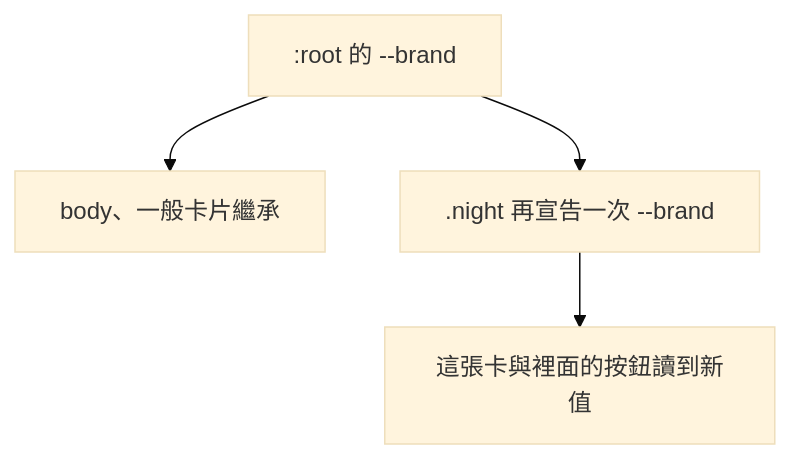
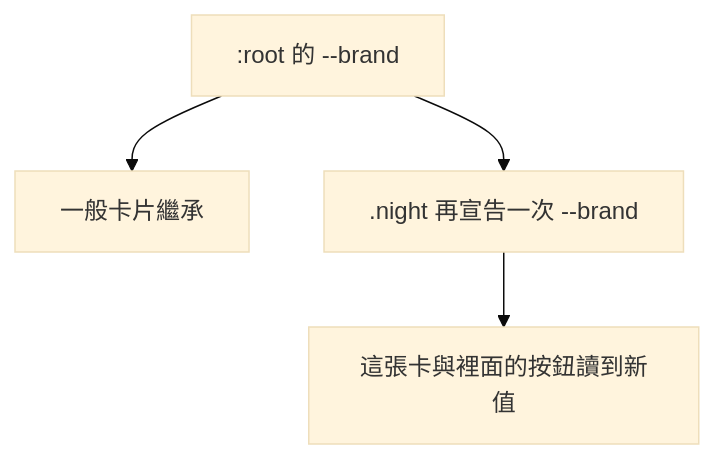
The sixth of 7 diagrams in source/_posts/lokiTech-15day-03-css.md (summer10920/summer10920.github.io), drawn with Mermaid (base theme) before and after one commit. The commit also changed other lines of this file, not shown here.

```diff
--- a/source/_posts/lokiTech-15day-03-css.md
+++ b/source/_posts/lokiTech-15day-03-css.md
@@ -5413,5 +2875,5 @@
 {% mermaid graph TD %}
-R[":root 的 --brand"] --> B["body、一般卡片繼承"]
+R[":root 的 --brand"] --> B["一般卡片繼承"]
 R --> N[".night 再宣告一次 --brand"]
 N --> C["這張卡與裡面的按鈕讀到新值"]
 {% endmermaid %}
```
